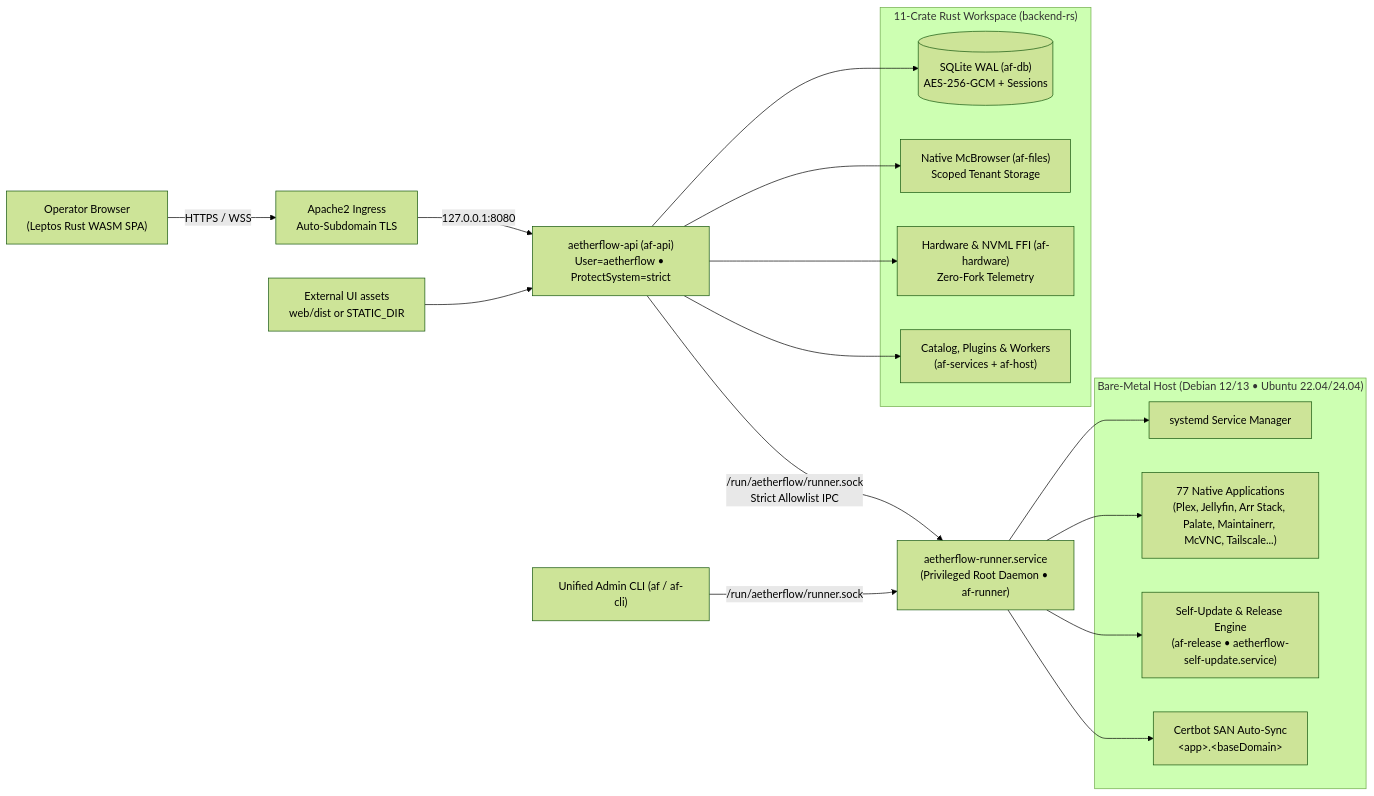
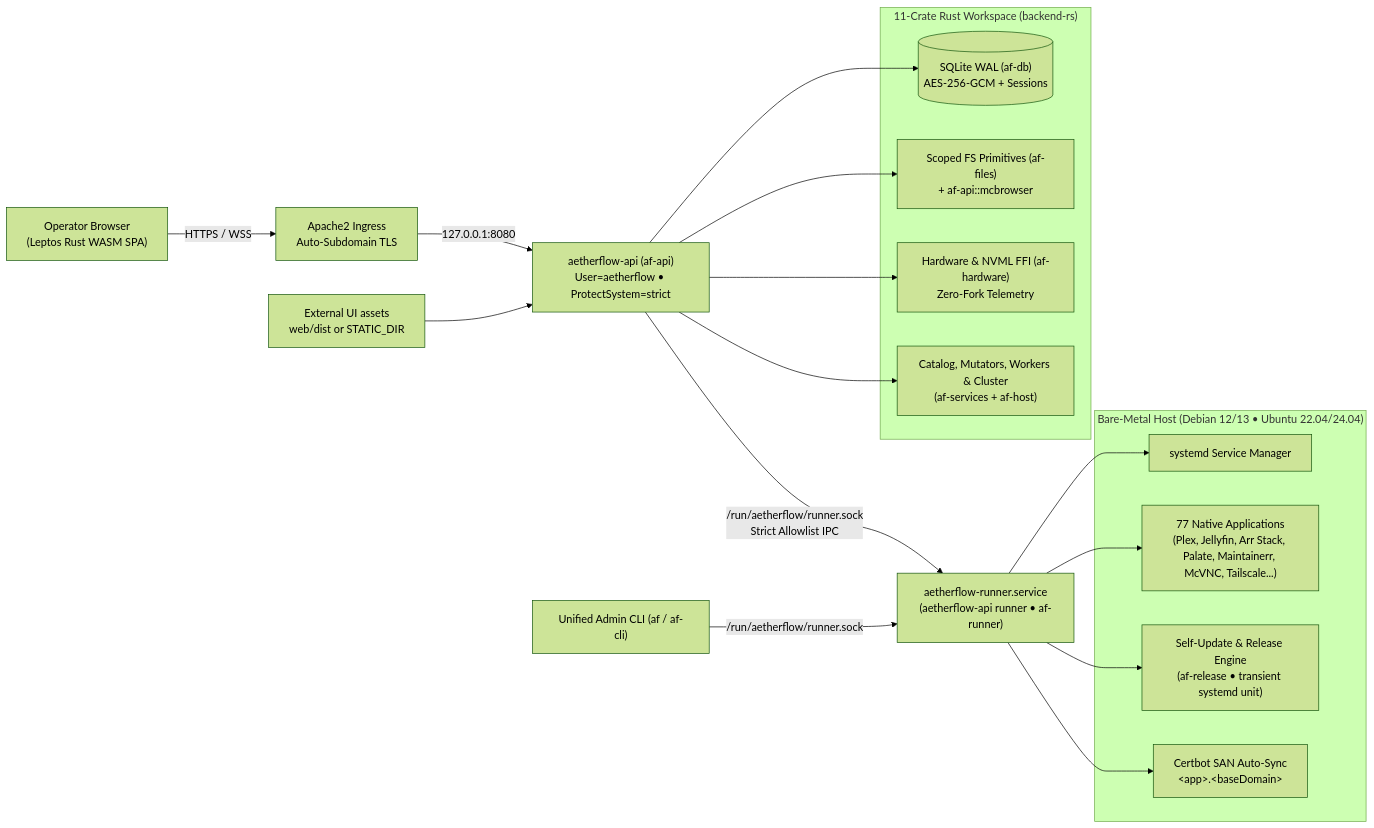
One commit to McEveritts/AetherFlow changed the diagram in README.md. Above: the diagram before and after it, drawn with Mermaid (forest theme). The commit also changed other lines of this file and 42 other files, not shown here.

````diff
--- a/README.md
+++ b/README.md
@@ -56,33 +59,33 @@
 ```mermaid
 flowchart LR
     Operator["Operator Browser<br/>(Leptos Rust WASM SPA)"] -->|HTTPS / WSS| Ingress["Apache2 Ingress<br/>Auto-Subdomain TLS"]
     Ingress -->|127.0.0.1:8080| API["aetherflow-api (af-api)<br/>User=aetherflow • ProtectSystem=strict"]
     Assets["External UI assets<br/>web/dist or STATIC_DIR"] --> API
 
     subgraph RustWorkspace["11-Crate Rust Workspace (backend-rs)"]
         DB[("SQLite WAL (af-db)<br/>AES-256-GCM + Sessions")]
-        Files["Native McBrowser (af-files)<br/>Scoped Tenant Storage"]
+        Files["Scoped FS Primitives (af-files)<br/>+ af-api::mcbrowser"]
         HW["Hardware & NVML FFI (af-hardware)<br/>Zero-Fork Telemetry"]
-        Services["Catalog, Plugins & Workers<br/>(af-services + af-host)"]
+        Services["Catalog, Mutators, Workers & Cluster<br/>(af-services + af-host)"]
     end
 
     API --> DB
     API --> Files
     API --> HW
     API --> Services
 
-    API -->|"/run/aetherflow/runner.sock"<br/>Strict Allowlist IPC| Runner["aetherflow-runner.service<br/>(Privileged Root Daemon • af-runner)"]
+    API -->|"/run/aetherflow/runner.sock<br/>Strict Allowlist IPC"| Runner["aetherflow-runner.service<br/>(aetherflow-api runner • af-runner)"]
     CLI["Unified Admin CLI (af / af-cli)"] -->|"/run/aetherflow/runner.sock"| Runner
 
     subgraph BareMetal["Bare-Metal Host (Debian 12/13 • Ubuntu 22.04/24.04)"]
         Systemd["systemd Service Manager"]
         Catalog["77 Native Applications<br/>(Plex, Jellyfin, Arr Stack, Palate, Maintainerr, McVNC, Tailscale...)"]
-        Updater["Self-Update & Release Engine<br/>(af-release • aetherflow-self-update.service)"]
+        Updater["Self-Update & Release Engine<br/>(af-release • transient systemd unit)"]
         CertSync["Certbot SAN Auto-Sync<br/>&lt;app&gt;.&lt;baseDomain&gt;"]
     end
 
     Runner --> Systemd
     Runner --> Catalog
     Runner --> Updater
     Runner --> CertSync
 ```
````
